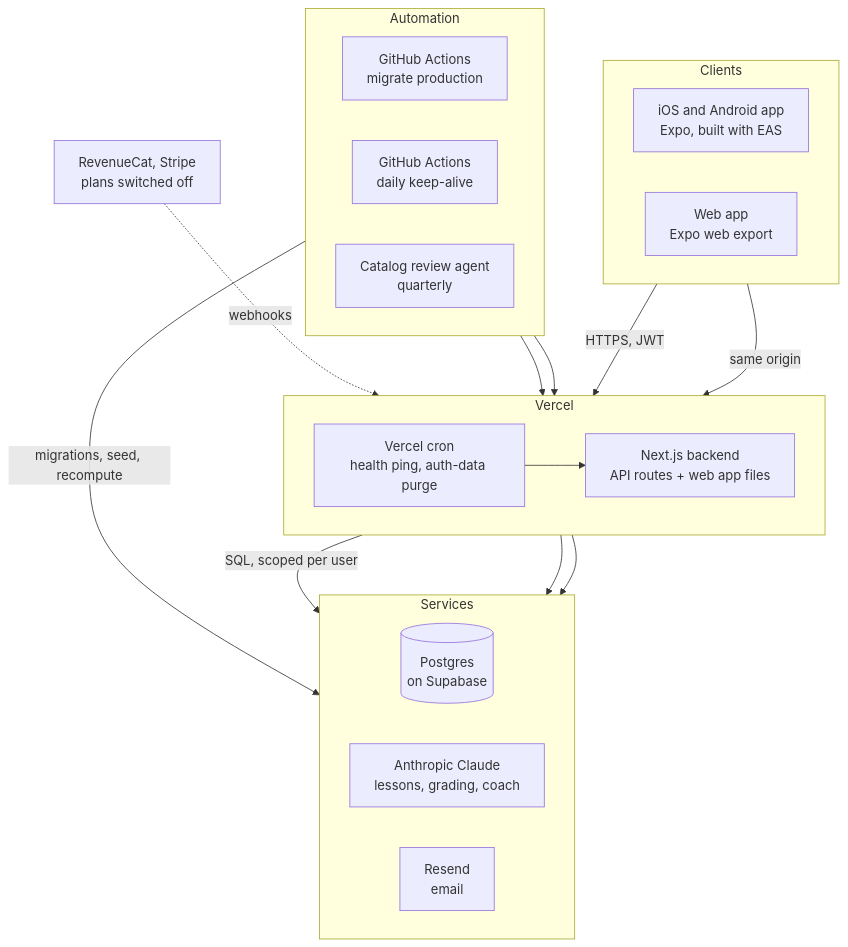
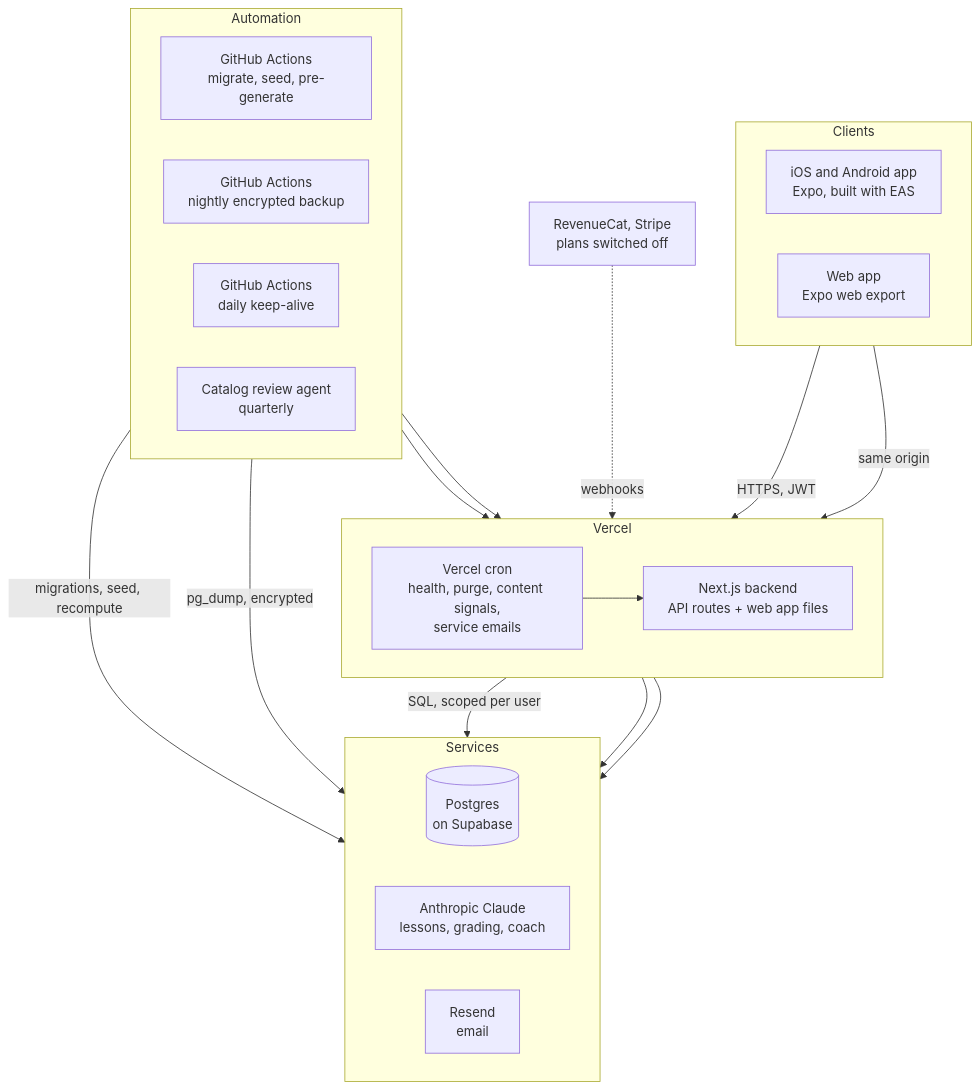
The diagram in README.md (paukennick/Ascendra), drawn with Mermaid before and after one commit. The commit also changed other lines of this file, not shown here.

````diff
--- a/README.md
+++ b/README.md
@@ -97,41 +126,43 @@
 ```mermaid
 flowchart TB
   subgraph clients["Clients"]
     direction LR
     NATIVE["iOS and Android app<br/>Expo, built with EAS"]
     WEB["Web app<br/>Expo web export"]
   end
 
   subgraph vercel["Vercel"]
     direction LR
     API["Next.js backend<br/>API routes + web app files"]
-    CRON["Vercel cron<br/>health ping, auth-data purge"]
+    CRON["Vercel cron<br/>health, purge, content signals,<br/>service emails"]
   end
 
   subgraph services["Services"]
     direction LR
     DB[("Postgres<br/>on Supabase")]
     AI["Anthropic Claude<br/>lessons, grading, coach"]
     MAIL["Resend<br/>email"]
   end
 
   subgraph ops["Automation"]
     direction LR
-    MIG["GitHub Actions<br/>migrate production"]
+    MIG["GitHub Actions<br/>migrate, seed, pre-generate"]
+    BACKUP["GitHub Actions<br/>nightly encrypted backup"]
     KEEP["GitHub Actions<br/>daily keep-alive"]
     AGENT["Catalog review agent<br/>quarterly"]
   end
 
   PAY["RevenueCat, Stripe<br/>plans switched off"]
 
   NATIVE -- "HTTPS, JWT" --> API
   WEB -- "same origin" --> API
   API -- "SQL, scoped per user" --> DB
   API --> AI
   API --> MAIL
   CRON --> API
   KEEP --> API
   AGENT --> API
   MIG -- "migrations, seed, recompute" --> DB
+  BACKUP -- "pg_dump, encrypted" --> DB
   PAY -. "webhooks" .-> API
 ```
````
